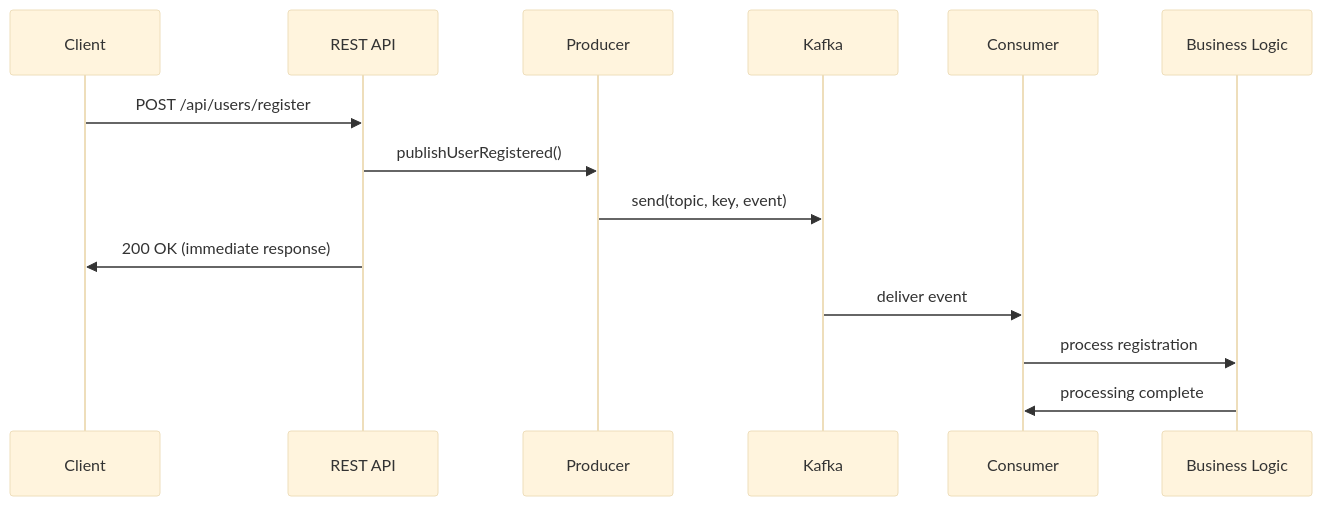
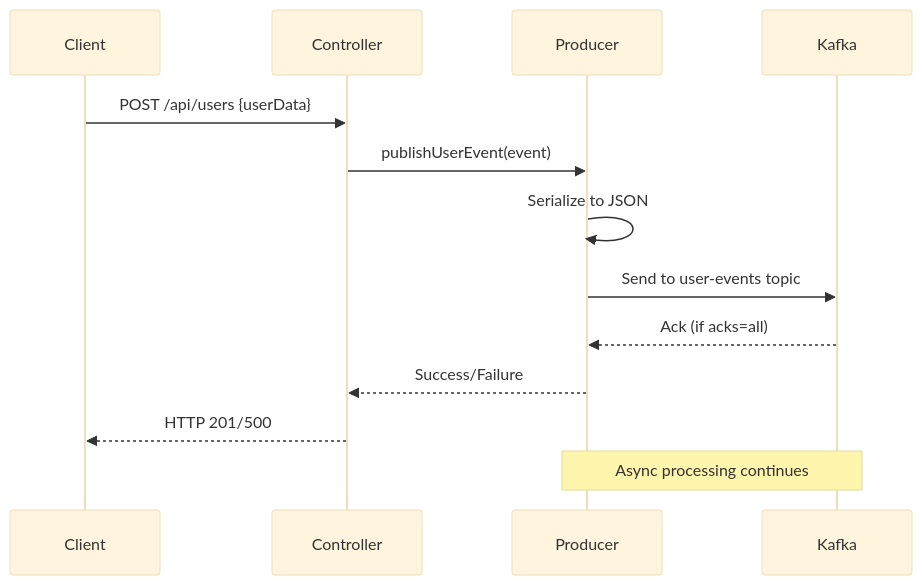
The second of 5 diagrams in class/modules/lesson_3/concept.md (vorrawut/KafkaStarter), drawn with Mermaid (base theme) before and after one commit. The commit also changed other lines of this file and 19 other files, not shown here.

````diff
--- a/class/modules/lesson_3/concept.md
+++ b/class/modules/lesson_3/concept.md
@@ -115,18 +55,17 @@
 ```mermaid
 sequenceDiagram
     participant Client
-    participant REST API
+    participant Controller
     participant Producer
     participant Kafka
-    participant Consumer
-    participant Business Logic
-
-    Client->>REST API: POST /api/users/register
-    REST API->>Producer: publishUserRegistered()
-    Producer->>Kafka: send(topic, key, event)
-    REST API->>Client: 200 OK (immediate response)
     
-    Kafka->>Consumer: deliver event
-    Consumer->>Business Logic: process registration
-    Business Logic->>Consumer: processing complete
+    Client->>Controller: POST /api/users {userData}
+    Controller->>Producer: publishUserEvent(event)
+    Producer->>Producer: Serialize to JSON
+    Producer->>Kafka: Send to user-events topic
+    Kafka-->>Producer: Ack (if acks=all)
+    Producer-->>Controller: Success/Failure
+    Controller-->>Client: HTTP 201/500
+    
+    Note over Producer,Kafka: Async processing continues
 ```
````
